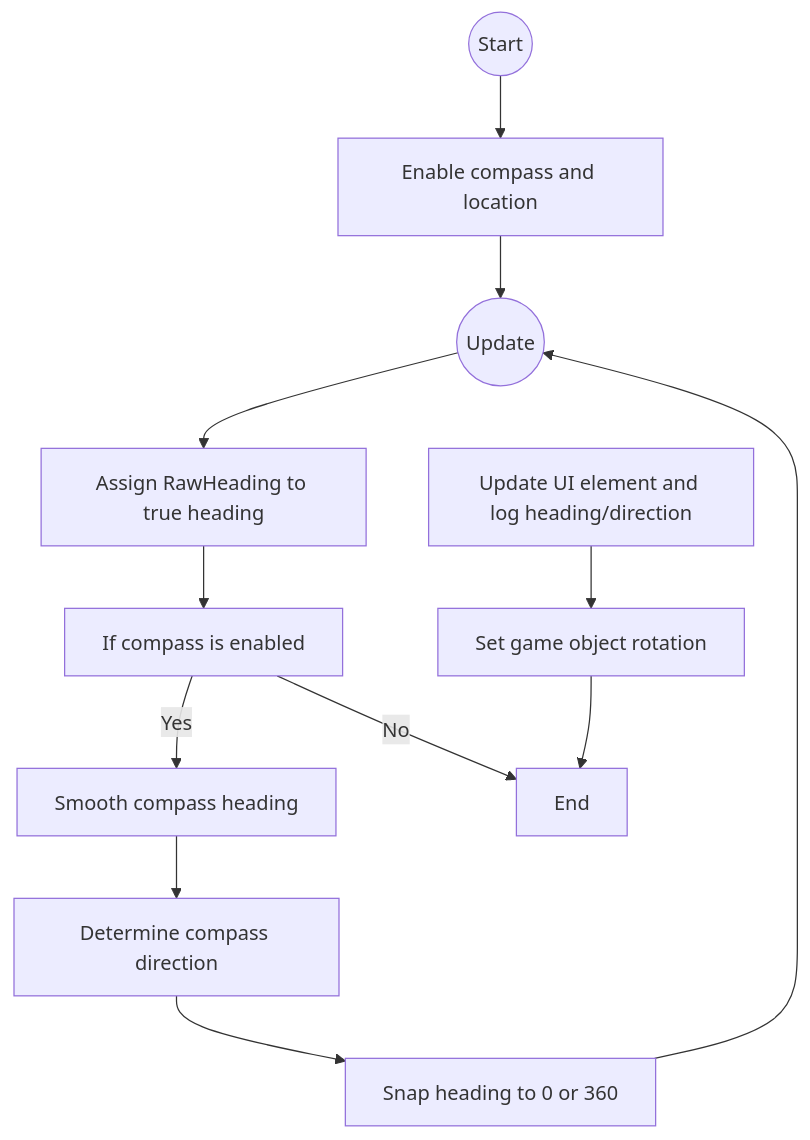
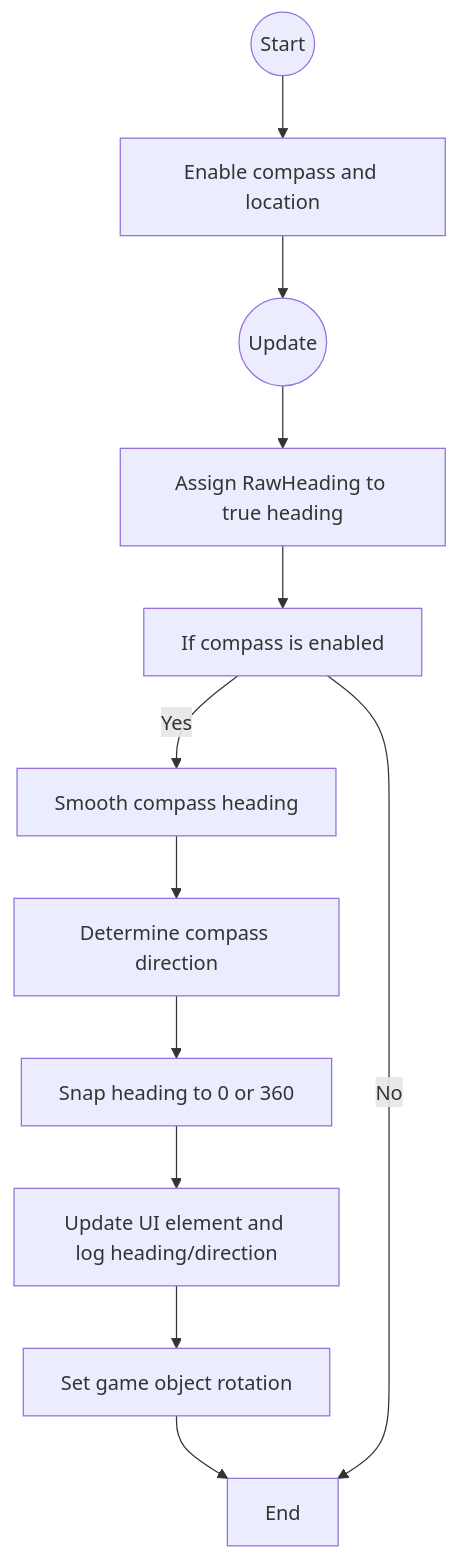
The second of 2 diagrams in README.md (Bjornraaf/Team-1-Repository), drawn with Mermaid before and after one commit.

````diff
--- a/README.md
+++ b/README.md
@@ -42,26 +42,26 @@
 ```mermaid
 flowchart TD;
         Start((Start))
         Enable[Enable compass and location]
         RawHeading[Assign RawHeading to true heading]
         Update((Update))
         ifEnabled[If compass is enabled]
         Smooth[Smooth compass heading]
         Determine[Determine compass direction]
         Snap[Snap heading to 0 or 360]
         UpdateUI[Update UI element and log heading/direction]
         Rotation[Set game object rotation]
         End[End]
 
         Start --> Enable
         Enable --> Update
         Update --> RawHeading
         RawHeading --> ifEnabled
         ifEnabled -- Yes --> Smooth
         Smooth --> Determine
         Determine --> Snap
-        Snap --> Update
+        Snap --> UpdateUI
         UpdateUI --> Rotation
         Rotation --> End
         ifEnabled -- No --> End
 ```
````
